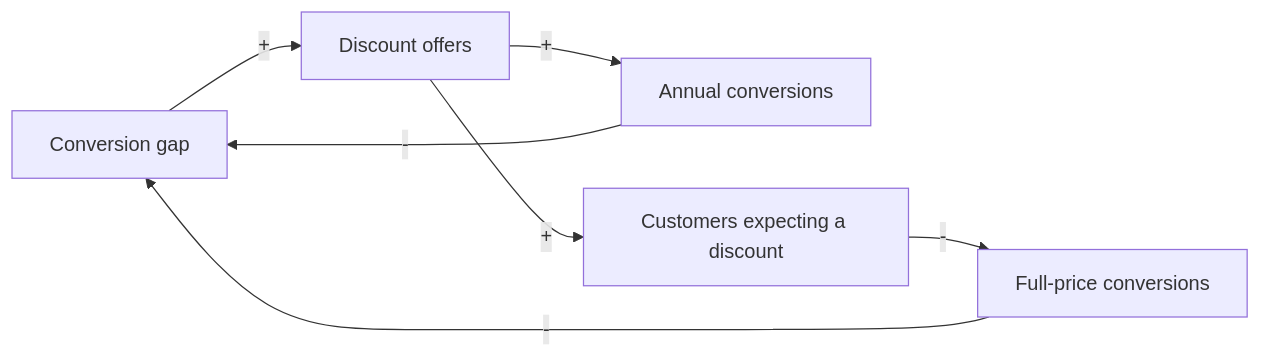
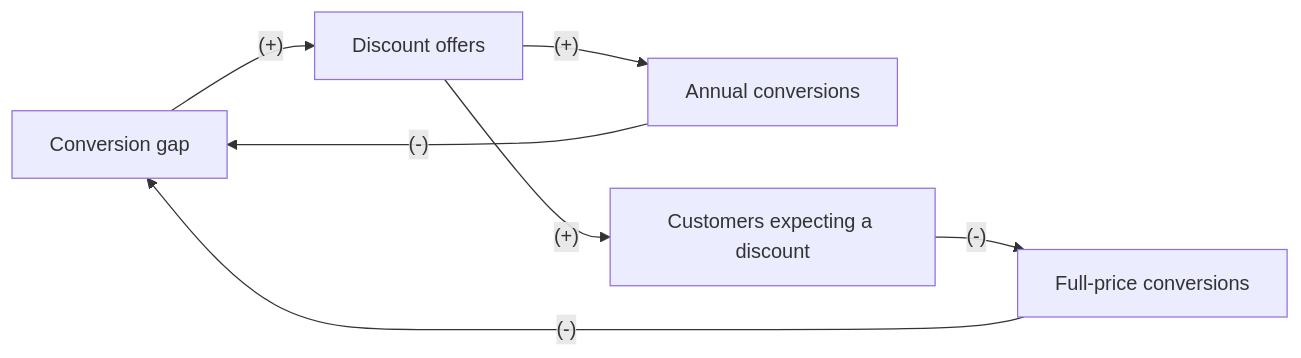
Before and after one commit to ardaasaroglu/reductionism-vs-systems-thinking: the diagram in README.md, drawn with Mermaid. The commit also changed other lines of this file and 30 other files, not shown here.

Commit message:
v0.2.0: four more cases, hero image, evals, readable diagram signs

````diff
--- a/README.md
+++ b/README.md
@@ -15,9 +17,9 @@
 ```mermaid
 flowchart LR
-  G[Conversion gap] -->|+| D[Discount offers]
-  D -->|+| A[Annual conversions]
-  A -->|-| G
-  D -->|+| E[Customers expecting a discount]
-  E -->|-| F[Full-price conversions]
-  F -->|-| G
+  G[Conversion gap] -->|"(+)"| D[Discount offers]
+  D -->|"(+)"| A[Annual conversions]
+  A -->|"(-)"| G
+  D -->|"(+)"| E[Customers expecting a discount]
+  E -->|"(-)"| F[Full-price conversions]
+  F -->|"(-)"| G
 ```
````
